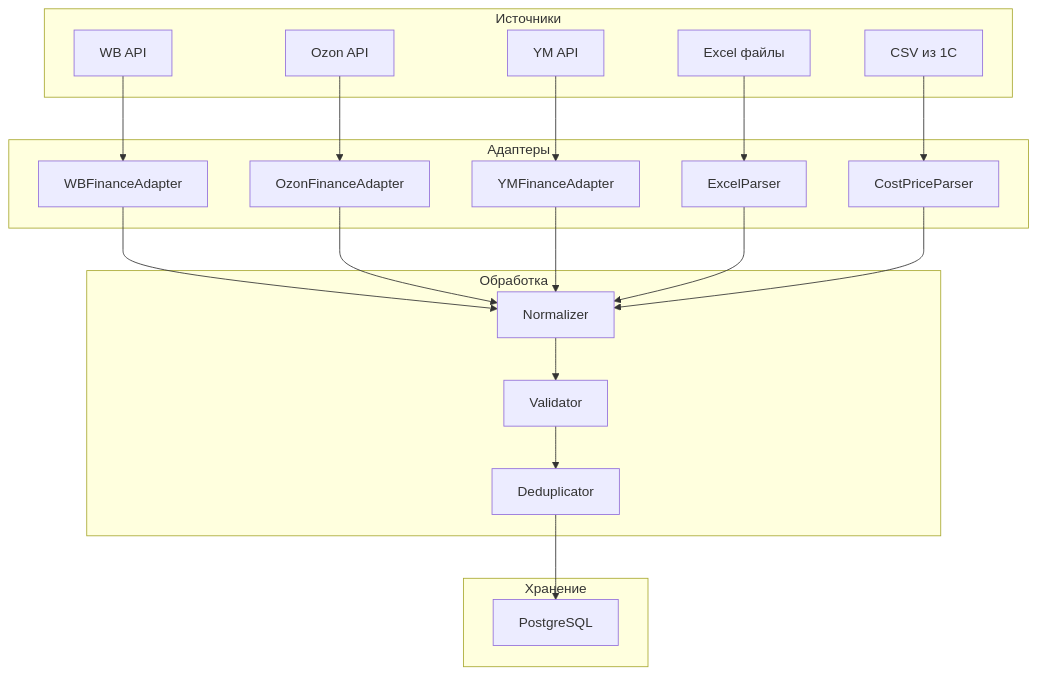
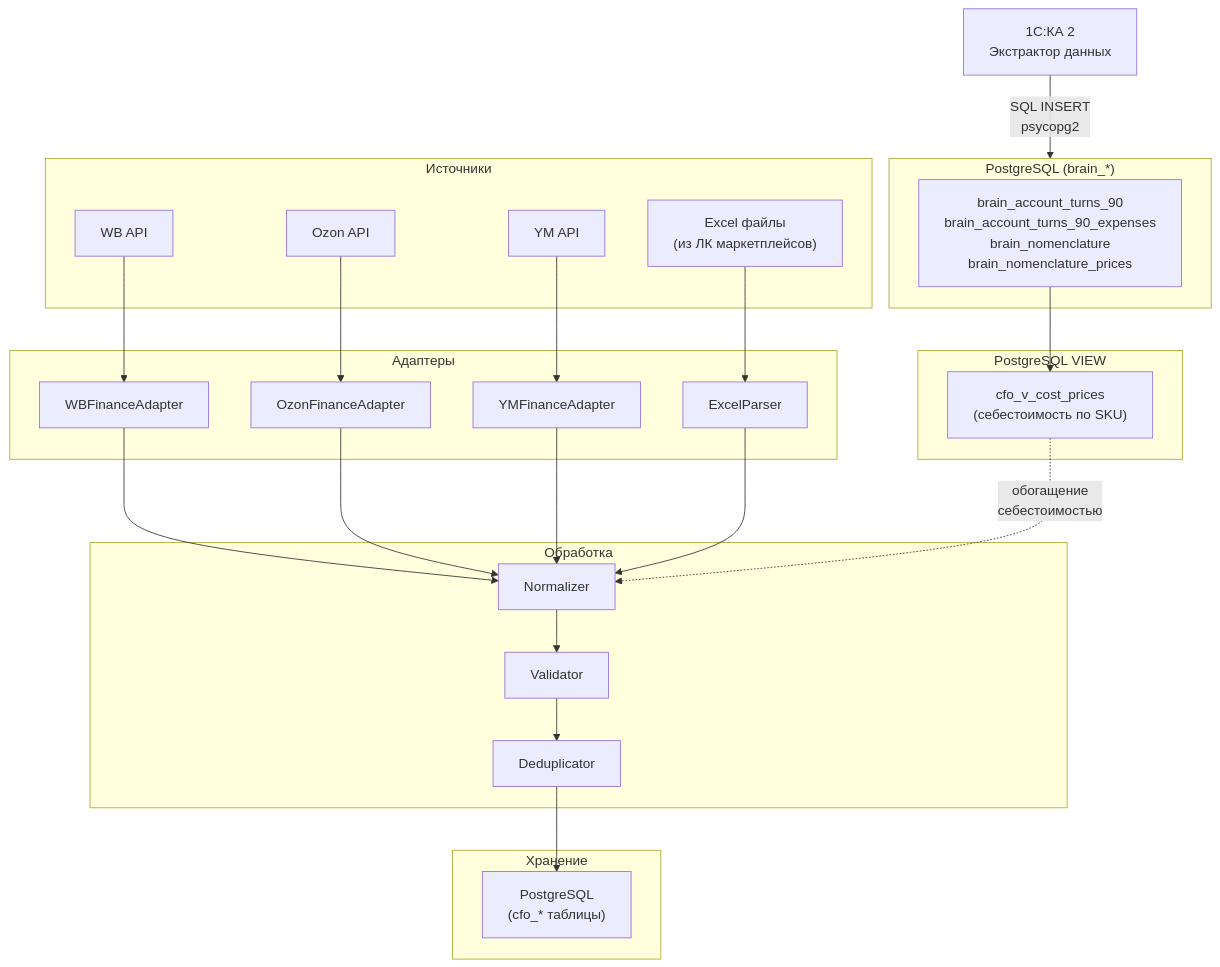
One commit to Sign25/Docs changed the diagram in cfo/adolf_cfo_2_data_ingestion.md. Above: the diagram before and after it, drawn with Mermaid. The commit also changed other lines of this file, not shown here.

Commit message:
CFO Раздел 2: Data Ingestion v2.0 — переход на brain_* VIEW

````diff
--- a/cfo/adolf_cfo_2_data_ingestion.md
+++ b/cfo/adolf_cfo_2_data_ingestion.md
@@ -40,41 +44,51 @@
 ```mermaid
 graph TB
     subgraph SOURCES["Источники"]
         WB_API["WB API"]
         OZON_API["Ozon API"]
         YM_API["YM API"]
-        EXCEL["Excel файлы"]
-        CSV_1C["CSV из 1С"]
+        EXCEL["Excel файлы<br/>(из ЛК маркетплейсов)"]
+    end
+
+    subgraph BRAIN_DB["PostgreSQL (brain_*)"]
+        BRAIN["brain_account_turns_90<br/>brain_account_turns_90_expenses<br/>brain_nomenclature<br/>brain_nomenclature_prices"]
     end
 
     subgraph ADAPTERS["Адаптеры"]
         WB_ADAPTER["WBFinanceAdapter"]
         OZON_ADAPTER["OzonFinanceAdapter"]
         YM_ADAPTER["YMFinanceAdapter"]
         EXCEL_PARSER["ExcelParser"]
-        COST_PARSER["CostPriceParser"]
+    end
+
+    subgraph VIEWS["PostgreSQL VIEW"]
+        COST_VIEW["cfo_v_cost_prices<br/>(себестоимость по SKU)"]
     end
 
     subgraph PROCESSING["Обработка"]
         NORMALIZE["Normalizer"]
         VALIDATE["Validator"]
         DEDUP["Deduplicator"]
     end
 
     subgraph STORAGE["Хранение"]
-        PG["PostgreSQL"]
+        PG["PostgreSQL<br/>(cfo_* таблицы)"]
     end
+
+    ONE_C["1С:КА 2<br/>Экстрактор данных"] -->|"SQL INSERT<br/>psycopg2"| BRAIN_DB
 
     WB_API --> WB_ADAPTER
     OZON_API --> OZON_ADAPTER
     YM_API --> YM_ADAPTER
     EXCEL --> EXCEL_PARSER
-    CSV_1C --> COST_PARSER
+
+    BRAIN --> COST_VIEW
 
     WB_ADAPTER & OZON_ADAPTER & YM_ADAPTER --> NORMALIZE
-    EXCEL_PARSER & COST_PARSER --> NORMALIZE
-    
+    EXCEL_PARSER --> NORMALIZE
+    COST_VIEW -.->|"обогащение<br/>себестоимостью"| NORMALIZE
+
     NORMALIZE --> VALIDATE
     VALIDATE --> DEDUP
     DEDUP --> PG
 ```
````
